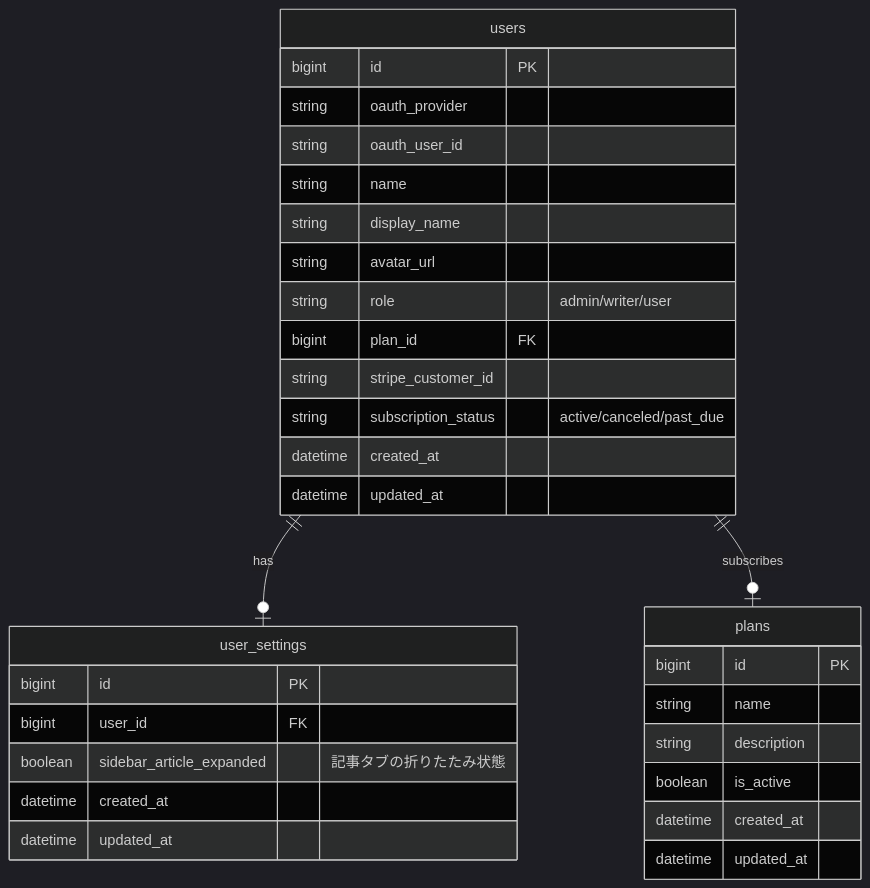
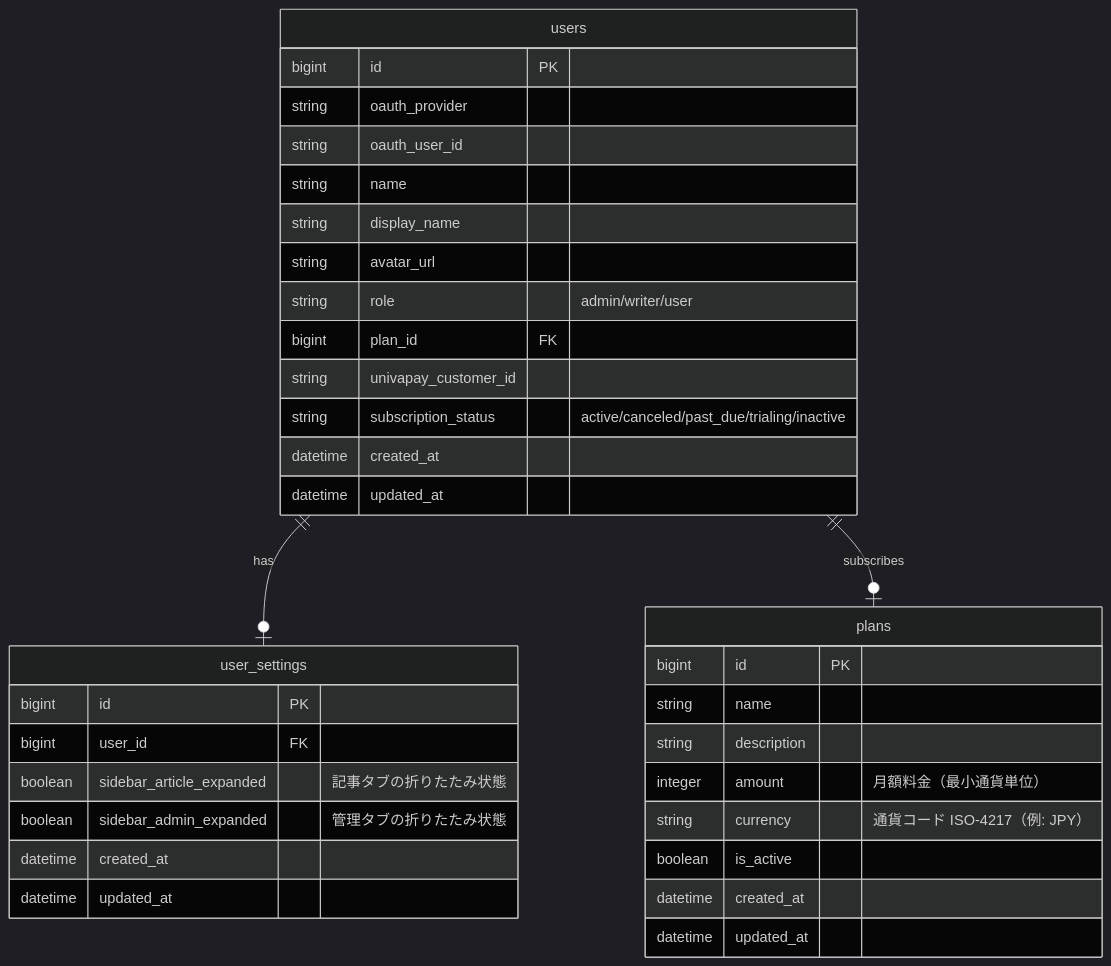
The first of 3 diagrams in docs/functions/auth/login.md (RRRRRRR-777/SikouLab), drawn with Mermaid (dark theme) before and after one commit. The commit also changed other lines of this file and 110 other files, not shown here.

````diff
--- a/docs/functions/auth/login.md
+++ b/docs/functions/auth/login.md
@@ -79,38 +81,41 @@
 ```mermaid
 erDiagram
     %% 正: docs/versions/1_0_0/data-model.md
     users ||--o| user_settings : "has"
     users ||--o| plans : "subscribes"
 
     users {
         bigint id PK
         string oauth_provider
         string oauth_user_id
         string name
         string display_name
         string avatar_url
         string role "admin/writer/user"
         bigint plan_id FK
-        string stripe_customer_id
-        string subscription_status "active/canceled/past_due"
+        string univapay_customer_id
+        string subscription_status "active/canceled/past_due/trialing/inactive"
         datetime created_at
         datetime updated_at
     }
 
     user_settings {
         bigint id PK
         bigint user_id FK
         boolean sidebar_article_expanded "記事タブの折りたたみ状態"
+        boolean sidebar_admin_expanded "管理タブの折りたたみ状態"
         datetime created_at
         datetime updated_at
     }
 
     plans {
         bigint id PK
         string name
         string description
+        integer amount "月額料金（最小通貨単位）"
+        string currency "通貨コード ISO-4217（例: JPY）"
         boolean is_active
         datetime created_at
         datetime updated_at
     }
 ```
````
